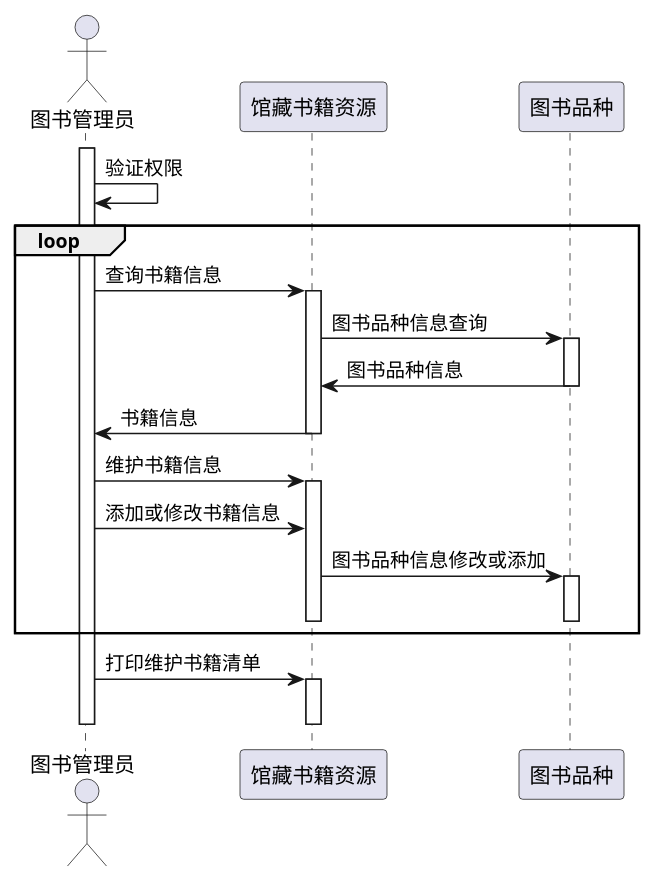
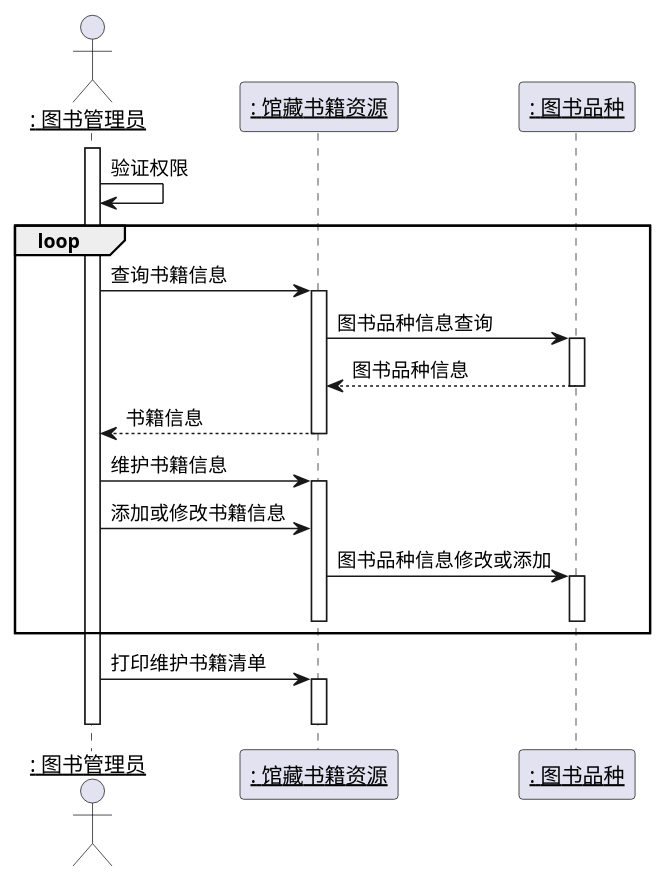
The diagram in test4/维护书目.puml (915936476/is_analysis-3), drawn with PlantUML before and after one commit. The commit also changed 14 other files, not shown here.

```diff
--- a/test4/维护书目.puml
+++ b/test4/维护书目.puml
@@ -1,26 +1,29 @@
 @startuml
-actor 图书管理员
+actor ": 图书管理员" as 图书管理员
+participant ": 馆藏书籍资源" as 馆藏书籍资源
+participant ": 图书品种" as 图书品种
+skinparam sequenceParticipant underline
 activate 图书管理员
 图书管理员->图书管理员:验证权限
 loop
 图书管理员->馆藏书籍资源:查询书籍信息
 activate 馆藏书籍资源
 馆藏书籍资源->图书品种:图书品种信息查询
 activate 图书品种
-图书品种->馆藏书籍资源:图书品种信息
+图书品种-->馆藏书籍资源:图书品种信息
 deactivate 图书品种
-馆藏书籍资源->图书管理员:书籍信息
+馆藏书籍资源-->图书管理员:书籍信息
 deactivate 馆藏书籍资源
 图书管理员->馆藏书籍资源:维护书籍信息
 activate 馆藏书籍资源
 图书管理员->馆藏书籍资源:添加或修改书籍信息
 馆藏书籍资源->图书品种:图书品种信息修改或添加
 activate 图书品种
 deactivate 图书品种
 deactivate 馆藏书籍资源
 end
 图书管理员->馆藏书籍资源:打印维护书籍清单
 activate 馆藏书籍资源
 deactivate 馆藏书籍资源
 deactivate 图书管理员
 @enduml
```
